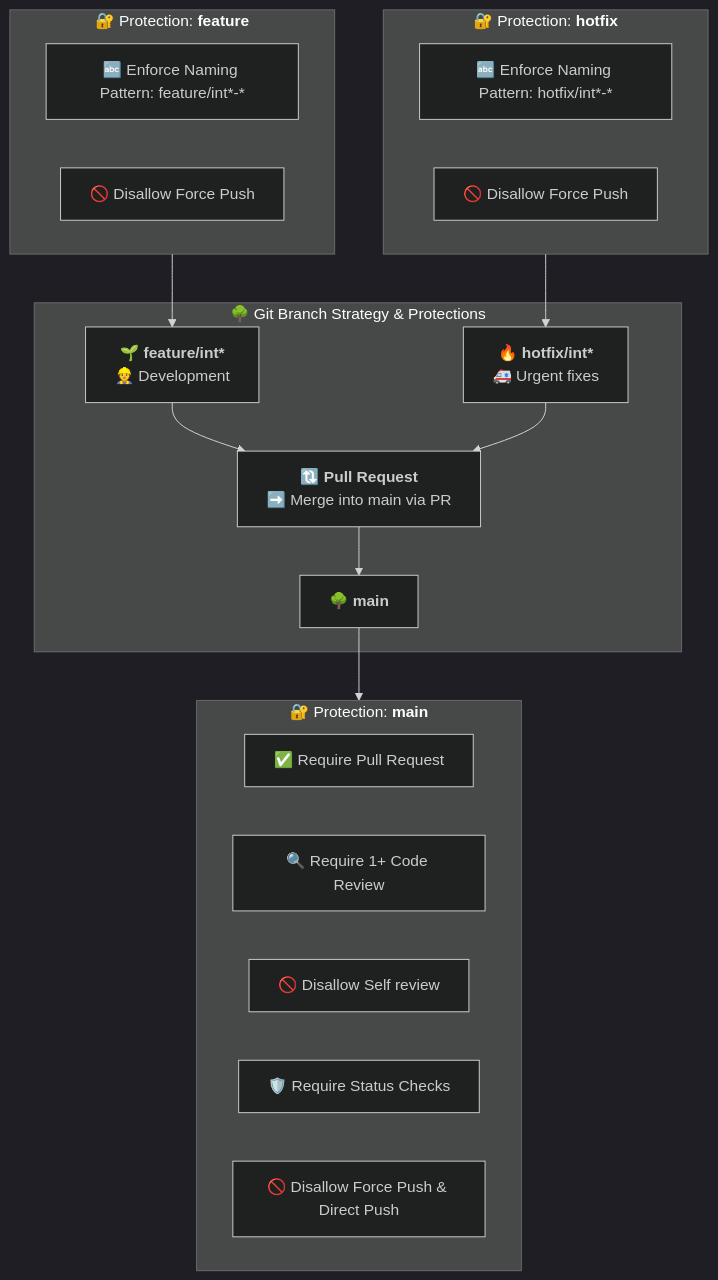
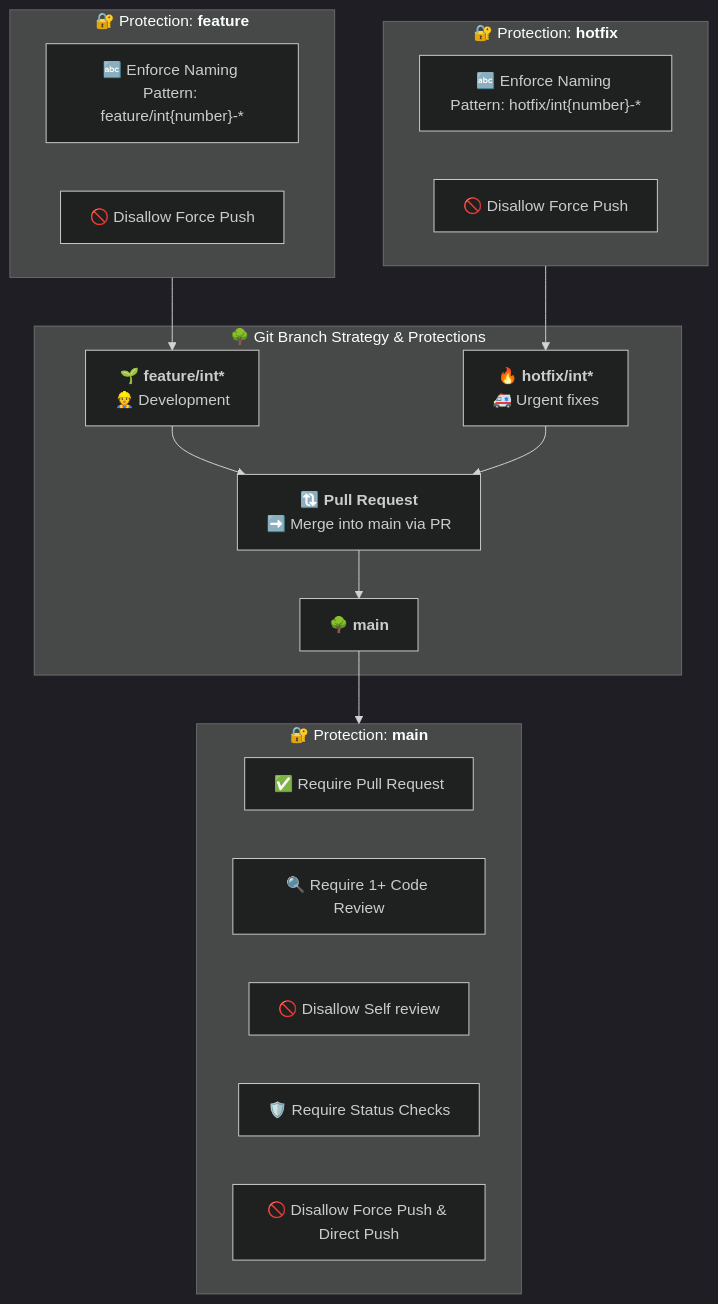
The fourth of 5 diagrams in README.md (antonidag/radius), drawn with Mermaid (dark theme) before and after one commit.

Commit message:
docs: add more branch rules

````diff
--- a/README.md
+++ b/README.md
@@ -159,31 +159,31 @@
 ```mermaid
 flowchart TD
   subgraph BRANCHES["🌳 Git Branch Strategy & Protections"]
     F1["🌱 <b>feature/int*</b><br>👷 Development"]
     HF["🔥 <b>hotfix/int*</b><br>🚑 Urgent fixes"]
     PR["🔃 <b>Pull Request</b><br>➡️ Merge into main via PR"]
     MAIN["🌳 <b>main</b><br>"]
   end
   F1 --> PR
   HF --> PR
   PR --> MAIN
   subgraph RULES_MAIN["🔐 Protection: <b>main</b>"]
     M1["✅ Require Pull Request"]
     M2["🔍 Require 1+ Code Review"]
     M3["🚫 Disallow Self review"]
     M4["🛡️ Require Status Checks"]
     M5["🚫 Disallow Force Push & Direct Push"]
 
   end
   subgraph RULES_FEATURE["🔐 Protection: <b>feature</b>"]
-    F2["🔤 Enforce Naming Pattern: feature/int*-*"]
+    F2["🔤 Enforce Naming Pattern: feature/int{number}-*"]
     F3["🚫 Disallow Force Push"]
   end
   subgraph RULES_HOTFIX["🔐 Protection: <b>hotfix</b>"]
-    H2["🔤 Enforce Naming Pattern: hotfix/int*-*"]
+    H2["🔤 Enforce Naming Pattern: hotfix/int{number}-*"]
     H3["🚫 Disallow Force Push"]
   end
   MAIN --> RULES_MAIN
   RULES_HOTFIX --> HF
   RULES_FEATURE --> F1
 ```
````
